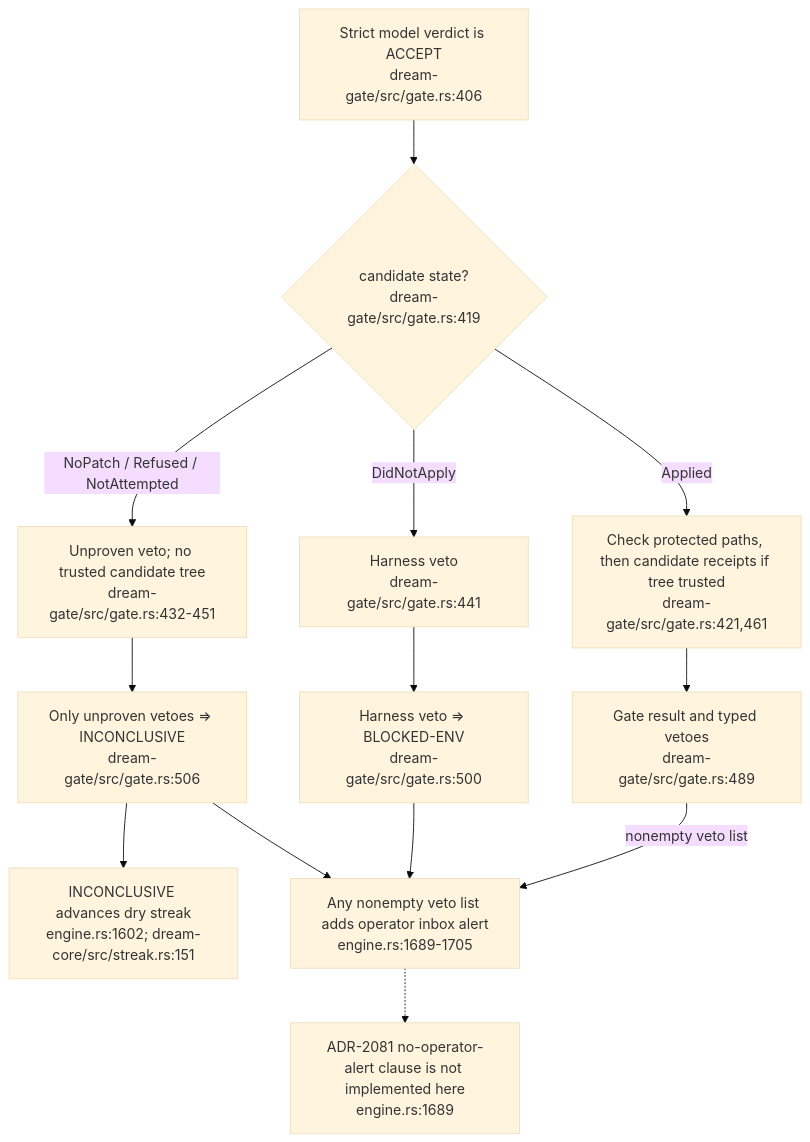
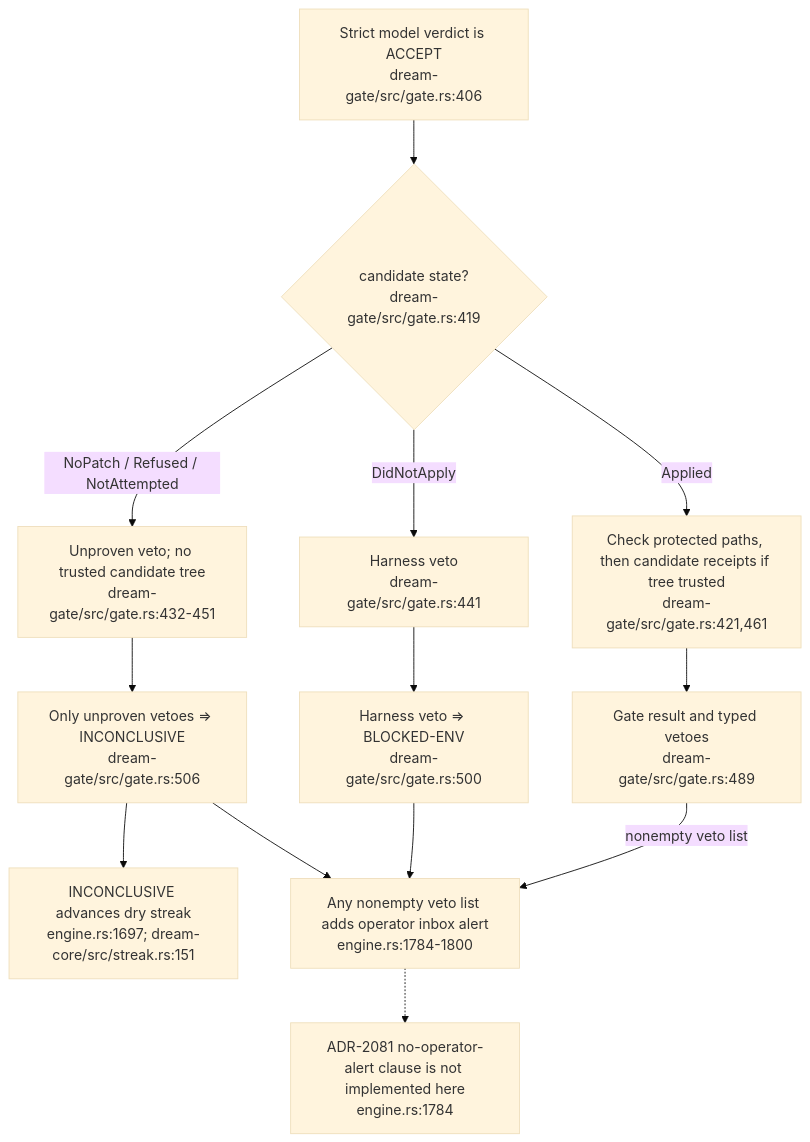
One commit to DreamLab-AI/VisionFlow changed diagram 13 of 24 in docs/diagrams/agentbox/23-dream-engine.md. Above: the diagram before and after it, drawn with Mermaid (base theme). The commit also changed other lines of this file, not shown here.

First line of the commit message:
docs(diagrams): re-stamp AB-23 dream engine at agentbox 720e0d896 and dream-engine b40d507

````diff
--- a/docs/diagrams/agentbox/23-dream-engine.md
+++ b/docs/diagrams/agentbox/23-dream-engine.md
@@ -423,16 +423,16 @@
 ```mermaid
 flowchart TB
     ACCEPT["Strict model verdict is ACCEPT<br/>dream-gate/src/gate.rs:406"]
     ACCEPT --> STATE{"candidate state?<br/>dream-gate/src/gate.rs:419"}
     STATE -->|NoPatch / Refused / NotAttempted| UNPROVEN["Unproven veto; no trusted candidate tree<br/>dream-gate/src/gate.rs:432-451"]
     STATE -->|DidNotApply| HARNESS["Harness veto<br/>dream-gate/src/gate.rs:441"]
     STATE -->|Applied| GUARD["Check protected paths, then candidate receipts if tree trusted<br/>dream-gate/src/gate.rs:421,461"]
     UNPROVEN --> VERDICT["Only unproven vetoes => INCONCLUSIVE<br/>dream-gate/src/gate.rs:506"]
     HARNESS --> BLOCK["Harness veto => BLOCKED-ENV<br/>dream-gate/src/gate.rs:500"]
-    VERDICT --> STREAK["INCONCLUSIVE advances dry streak<br/>engine.rs:1602; dream-core/src/streak.rs:151"]
-    VERDICT --> ALERT["Any nonempty veto list adds operator inbox alert<br/>engine.rs:1689-1705"]
+    VERDICT --> STREAK["INCONCLUSIVE advances dry streak<br/>engine.rs:1697; dream-core/src/streak.rs:151"]
+    VERDICT --> ALERT["Any nonempty veto list adds operator inbox alert<br/>engine.rs:1784-1800"]
     BLOCK --> ALERT
     GUARD --> RESULT["Gate result and typed vetoes<br/>dream-gate/src/gate.rs:489"]
     RESULT -->|nonempty veto list| ALERT
-    ALERT -.-> GAP["ADR-2081 no-operator-alert clause is not implemented here<br/>engine.rs:1689"]
+    ALERT -.-> GAP["ADR-2081 no-operator-alert clause is not implemented here<br/>engine.rs:1784"]
 ```
````
